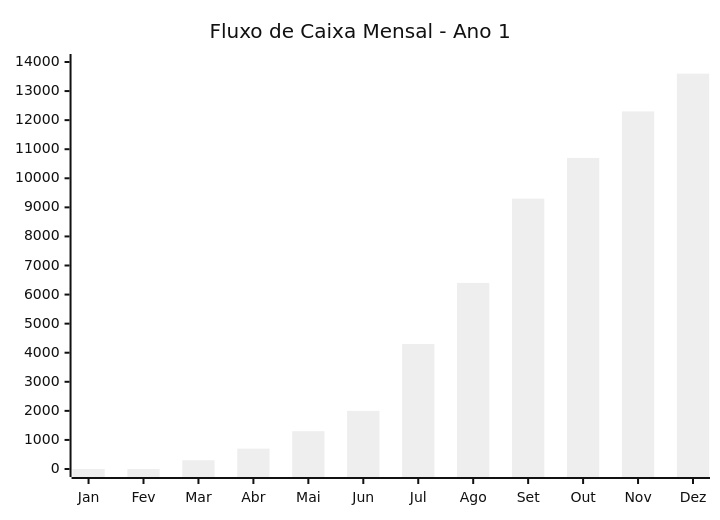
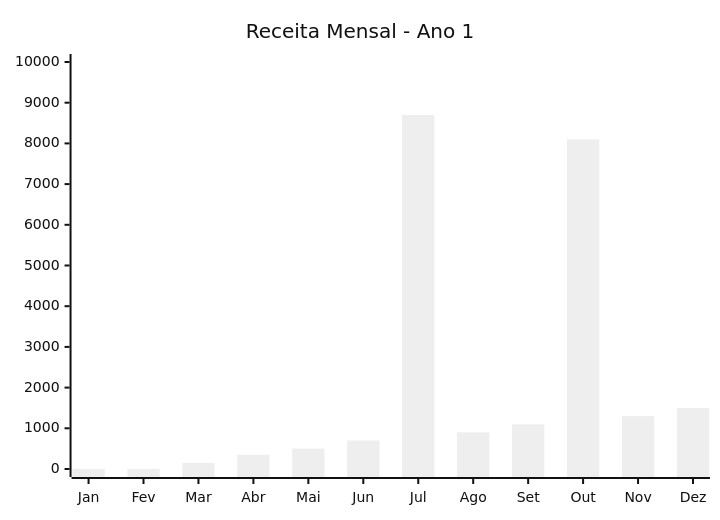
Before and after one commit to LucasSousaAl/VoluntariApp: the ninth of 17 diagrams in docs/plano_negocios_detalhado.md, drawn with Mermaid (neutral theme). The commit also changed other lines of this file, not shown here.

````diff
--- a/docs/plano_negocios_detalhado.md
+++ b/docs/plano_negocios_detalhado.md
@@ -442,7 +446,7 @@
 ```mermaid
 xychart-beta
-    title "Fluxo de Caixa Mensal - Ano 1"
+    title "Receita Mensal - Ano 1"
     x-axis [Jan, Fev, Mar, Abr, Mai, Jun, Jul, Ago, Set, Out, Nov, Dez]
-    y-axis 0 --> 14000
-    bar [0, 0, 300, 700, 1300, 2000, 4300, 6400, 9300, 10700, 12300, 13600]
+    y-axis 0 --> 10000
+    bar [0, 0, 150, 350, 500, 700, 8700, 900, 1100, 8100, 1300, 1500]
 ```
````
